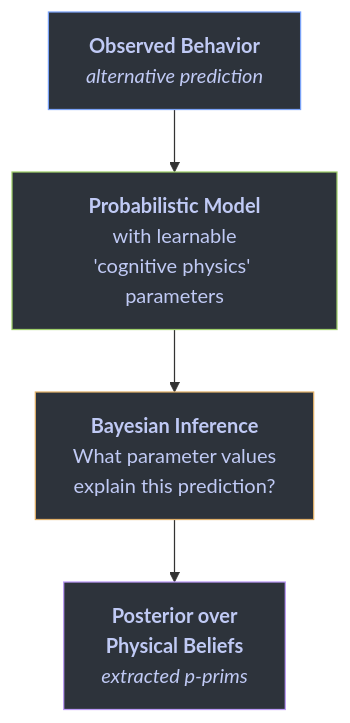
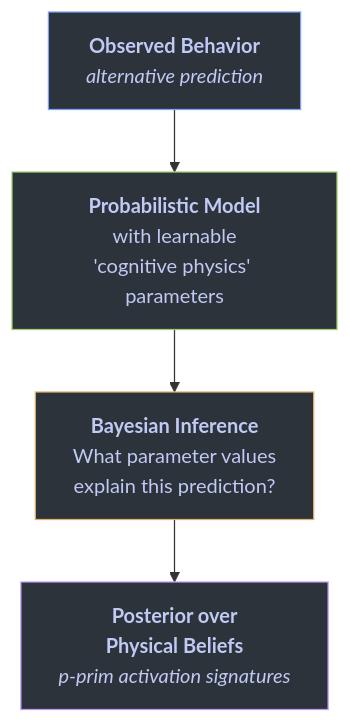
One commit to joelawalsh01/pprim-probprog changed the first of 2 diagrams in README.md. Above: the diagram before and after it, drawn with Mermaid. The commit also changed other lines of this file and 6 other files, not shown here.

````diff
--- a/README.md
+++ b/README.md
@@ -32,14 +34,14 @@
 ```mermaid
 flowchart TD
     A["<b>Observed Behavior</b><br/><i>alternative prediction</i>"]
     B["<b>Probabilistic Model</b><br/>with learnable<br/>'cognitive physics' parameters"]
     C["<b>Bayesian Inference</b><br/>What parameter values<br/>explain this prediction?"]
-    D["<b>Posterior over<br/>Physical Beliefs</b><br/><i>extracted p-prims</i>"]
+    D["<b>Posterior over<br/>Physical Beliefs</b><br/><i>p-prim activation signatures</i>"]
 
     A --> B --> C --> D
 
     style A fill:#2d333b,stroke:#7aa2f7,color:#c0caf5
     style B fill:#2d333b,stroke:#9ece6a,color:#c0caf5
     style C fill:#2d333b,stroke:#e0af68,color:#c0caf5
     style D fill:#2d333b,stroke:#bb9af7,color:#c0caf5
 ```
````
